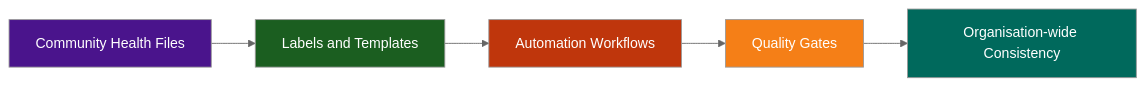
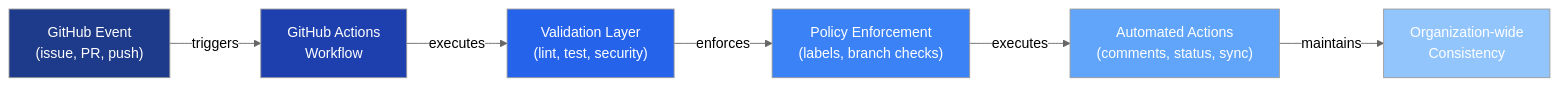
The first of 4 diagrams in README.md (lightspeedwp/.github), drawn with Mermaid (neutral theme) before and after one commit. The commit also changed other lines of this file, not shown here.

First line of the commit message:
docs: Completely rewrite README with updated architecture and diagrams

````diff
--- a/README.md
+++ b/README.md
@@ -72,13 +228,22 @@
 ```mermaid
 graph LR
-    A["Community Health Files"] --> B["Labels and Templates"]
-    B --> C["Automation Workflows"]
-    C --> D["Quality Gates"]
-    D --> E["Organisation-wide Consistency"]
+    A["GitHub Event<br/>(issue, PR, push)"]
+    B["GitHub Actions<br/>Workflow"]
+    C["Validation Layer<br/>(lint, test, security)"]
+    D["Policy Enforcement<br/>(labels, branch checks)"]
+    E["Automated Actions<br/>(comments, status, sync)"]
+    F["Organization-wide<br/>Consistency"]
 
-    style A fill:#4a148c,color:#fff
-    style B fill:#1b5e20,color:#fff
-    style C fill:#bf360c,color:#fff
-    style D fill:#f57f17,color:#fff
-    style E fill:#00695c,color:#fff
+    A -->|triggers| B
+    B -->|executes| C
+    C -->|enforces| D
+    D -->|executes| E
+    E -->|maintains| F
+
+    style A fill:#1e3a8a,color:#fff
+    style B fill:#1e40af,color:#fff
+    style C fill:#2563eb,color:#fff
+    style D fill:#3b82f6,color:#fff
+    style E fill:#60a5fa,color:#fff
+    style F fill:#93c5fd,color:#fff
 ```
````
